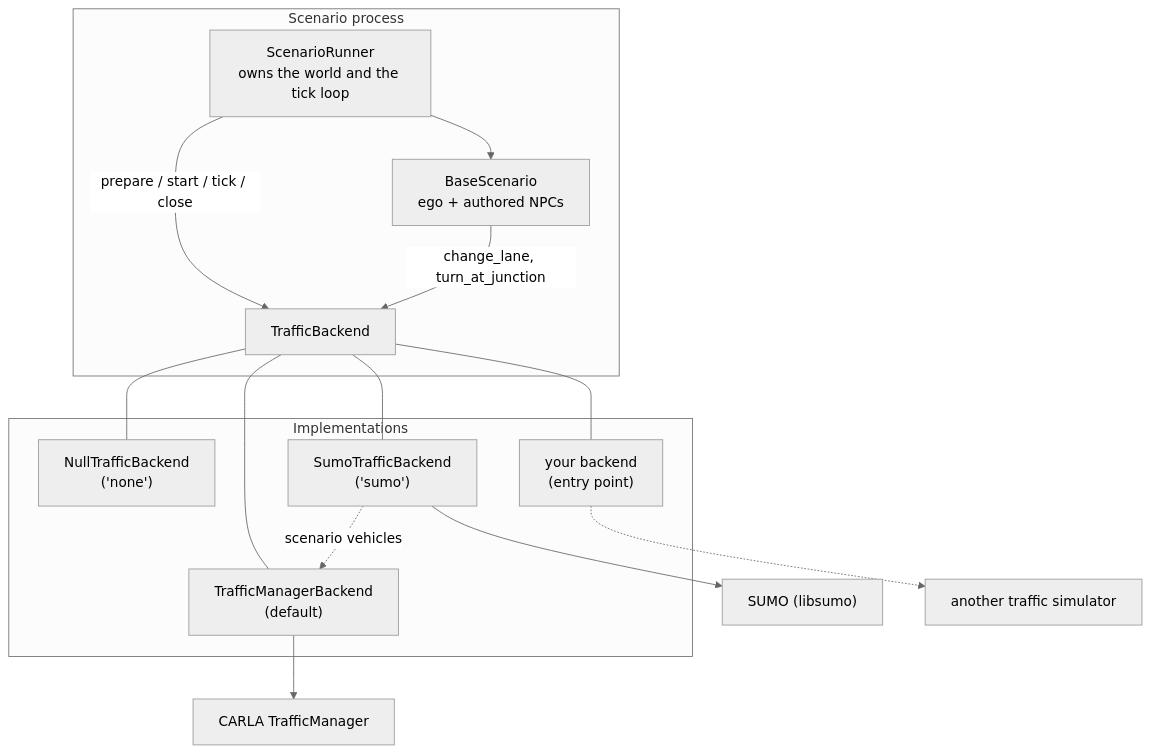
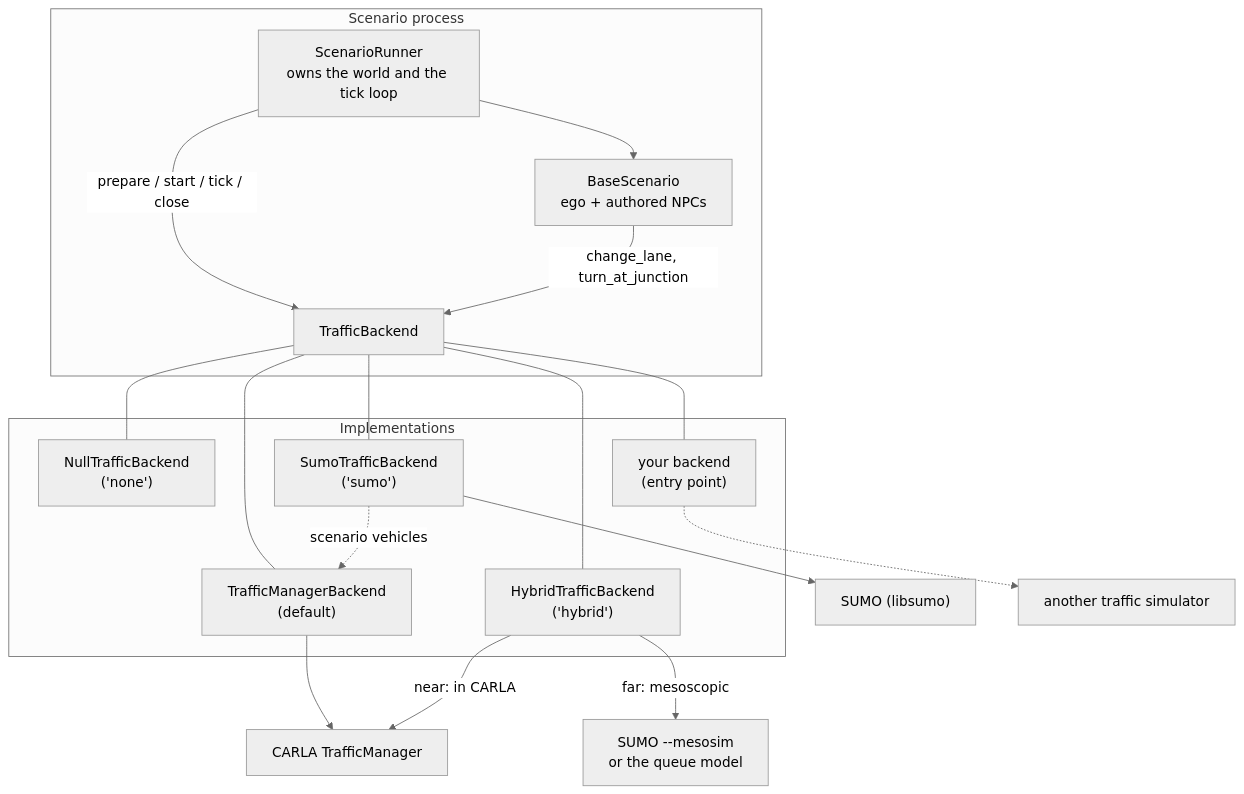
One commit to autowarefoundation/autoware_carla_scenario changed the diagram in autoware_carla_scenario/docs/traffic_backends.md. Above: the diagram before and after it, drawn with Mermaid (neutral theme). The commit also changed other lines of this file and 18 other files, not shown here.

First line of the commit message:
feat(traffic): SUMO's mesoscopic engine, look-ahead level switching, and a hybrid TrafficManager backend (#2154)

````diff
--- a/autoware_carla_scenario/docs/traffic_backends.md
+++ b/autoware_carla_scenario/docs/traffic_backends.md
@@ -18,27 +18,31 @@
 ```mermaid
 flowchart TB
     subgraph run["Scenario process"]
         SR["ScenarioRunner<br/>owns the world and the tick loop"]
         SC["BaseScenario<br/>ego + authored NPCs"]
         BE["TrafficBackend"]
         SR -->|"prepare / start / tick / close"| BE
         SC -->|"change_lane, turn_at_junction"| BE
         SR --> SC
     end
 
     subgraph impls["Implementations"]
         TM["TrafficManagerBackend<br/>(default)"]
         NONE["NullTrafficBackend<br/>('none')"]
         SUMO["SumoTrafficBackend<br/>('sumo')"]
+        HYB["HybridTrafficBackend<br/>('hybrid')"]
         EXT["your backend<br/>(entry point)"]
     end
 
     BE --- TM
     BE --- NONE
     BE --- SUMO
+    BE --- HYB
     BE --- EXT
     TM --> CTM["CARLA TrafficManager"]
     SUMO --> LS["SUMO (libsumo)"]
     SUMO -.->|"scenario vehicles"| TM
+    HYB -->|"near: in CARLA"| CTM
+    HYB -->|"far: mesoscopic"| MS["SUMO --mesosim<br/>or the queue model"]
     EXT -.-> SIM["another traffic simulator"]
 ```
````
